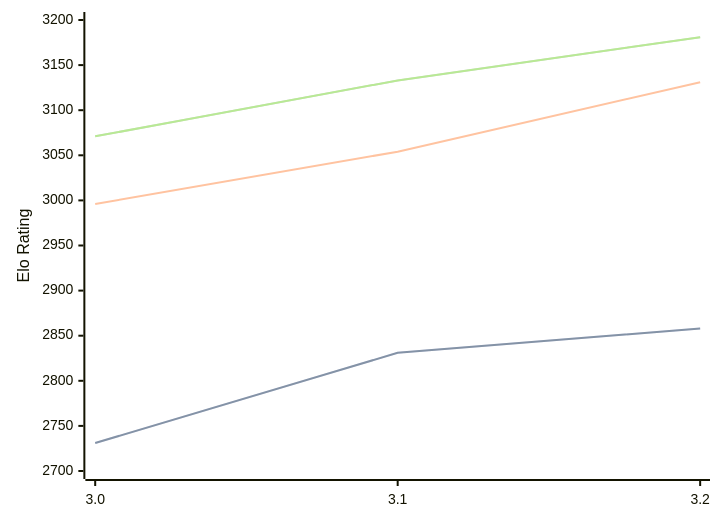
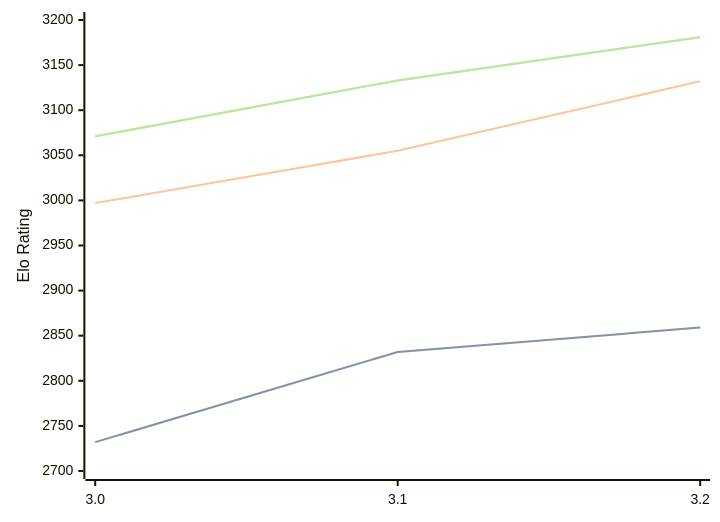
One commit to computer-chess-index/cci changed the diagram in engines/Vajolet2.md. Above: the diagram before and after it, drawn with Mermaid. The commit also changed other lines of this file, not shown here.

````diff
--- a/engines/Vajolet2.md
+++ b/engines/Vajolet2.md
@@ -33,11 +33,11 @@
 ```mermaid
 %%{init: {"theme":"base","themeVariables":{"seriesColors:['#a3a3a3','#222221','#faa371']}}}%%
 xychart-beta
   x-axis ["3.0", "3.1", "3.2"]
   y-axis "Elo Rating" 2700 --> 3200
-  line "" [2731, 2831, 2858]
-  line "STC (8.0+0.08s)" [2731, 2831, 2858]
-  line "LTC (60.0+0.60s)" [2996, 3054, 3131]
+  line "" [2732, 2832, 2859]
+  line "STC (8.0+0.08s)" [2732, 2832, 2859]
+  line "LTC (60.0+0.60s)" [2997, 3055, 3132]
   line "" [3071, 3133, 3181]
   line "VLTC (2m24s+1.12s)" [3071, 3133, 3181]
 ```
````
